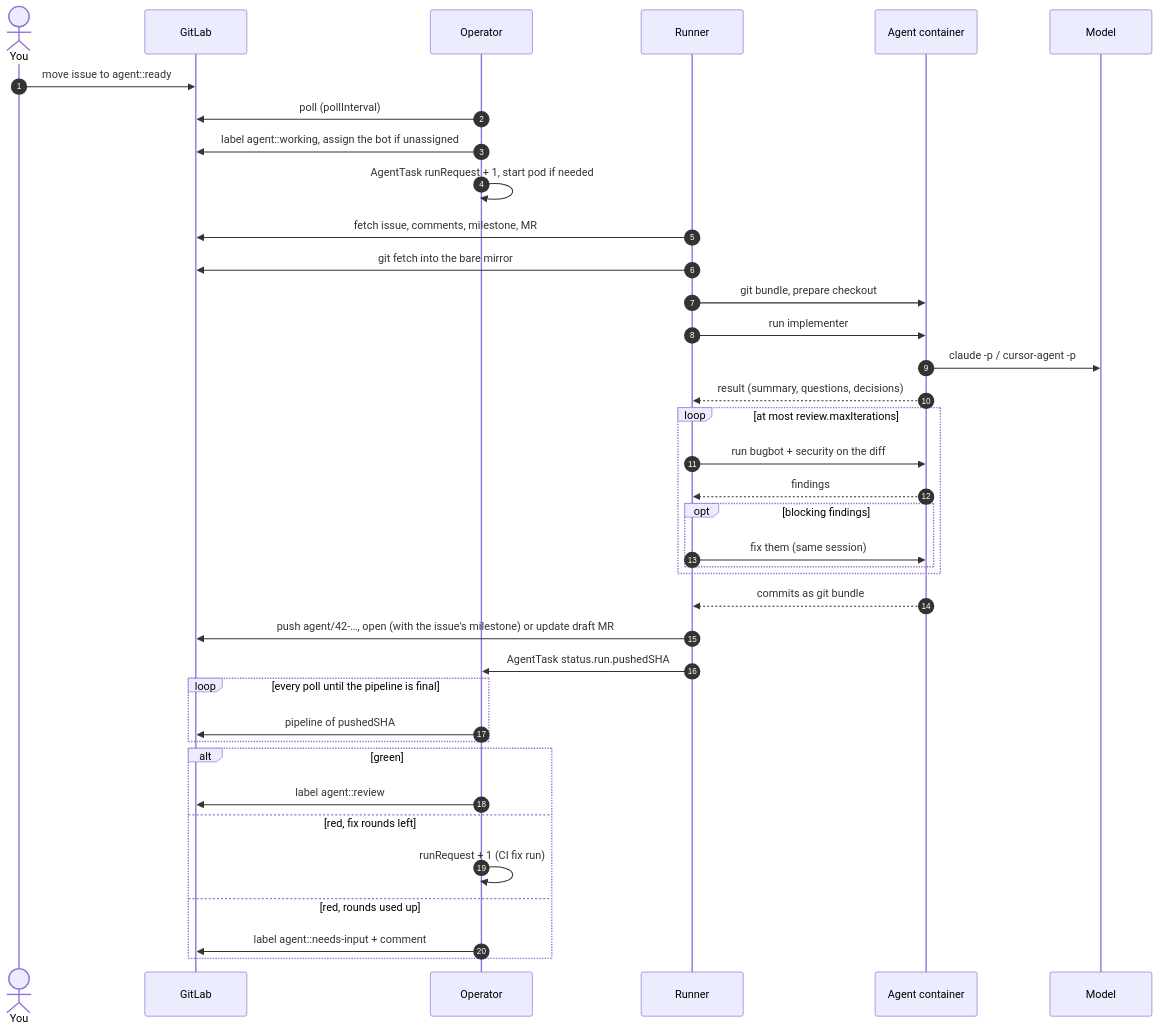
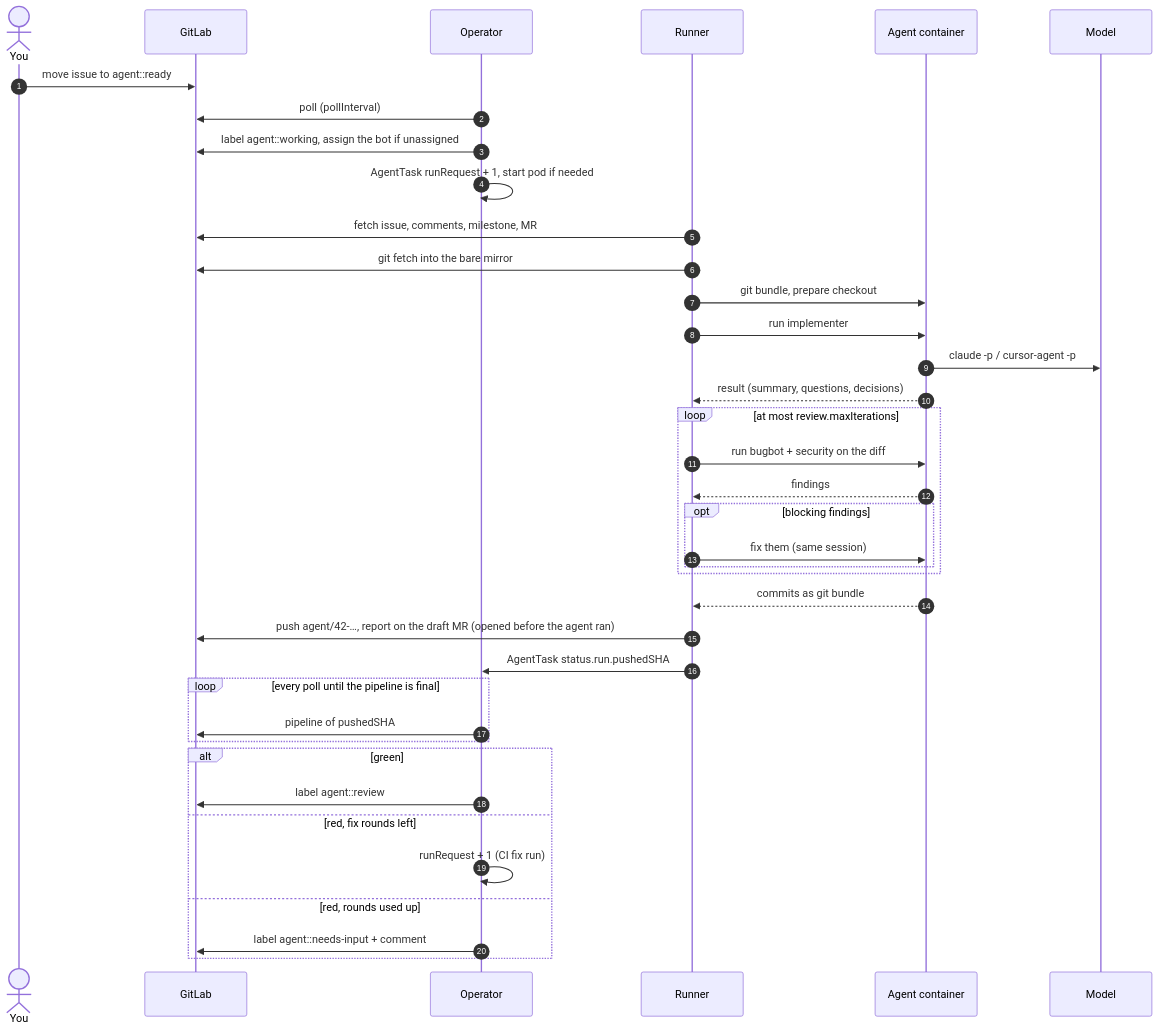
One commit to jonathanwiemers/ai-operator changed the third of 7 diagrams in docs/design.md. Above: the diagram before and after it, drawn with Mermaid. The commit also changed other lines of this file and 18 other files, not shown here.

First line of the commit message:
Open the draft MR at the start and show the run's progress live (#23)

````diff
--- a/docs/design.md
+++ b/docs/design.md
@@ -94,41 +94,41 @@
 ```mermaid
 sequenceDiagram
     autonumber
     actor You
     participant GL as GitLab
     participant OP as Operator
     participant RU as Runner
     participant AG as Agent container
     participant LLM as Model
 
     You->>GL: move issue to agent::ready
     OP->>GL: poll (pollInterval)
     OP->>GL: label agent::working, assign the bot if unassigned
     OP->>OP: AgentTask runRequest + 1, start pod if needed
     RU->>GL: fetch issue, comments, milestone, MR
     RU->>GL: git fetch into the bare mirror
     RU->>AG: git bundle, prepare checkout
     RU->>AG: run implementer
     AG->>LLM: claude -p / cursor-agent -p
     AG-->>RU: result (summary, questions, decisions)
     loop at most review.maxIterations
         RU->>AG: run bugbot + security on the diff
         AG-->>RU: findings
         opt blocking findings
             RU->>AG: fix them (same session)
         end
     end
     AG-->>RU: commits as git bundle
-    RU->>GL: push agent/42-…, open (with the issue's milestone) or update draft MR
+    RU->>GL: push agent/42-…, report on the draft MR (opened before the agent ran)
     RU->>OP: AgentTask status.run.pushedSHA
     loop every poll until the pipeline is final
         OP->>GL: pipeline of pushedSHA
     end
     alt green
         OP->>GL: label agent::review
     else red, fix rounds left
         OP->>OP: runRequest + 1 (CI fix run)
     else red, rounds used up
         OP->>GL: label agent::needs-input + comment
     end
 ```
````
